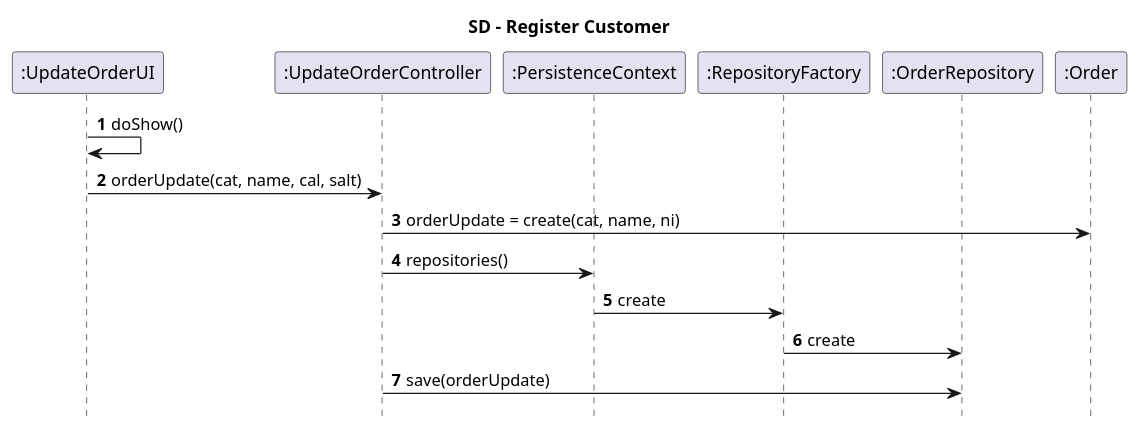
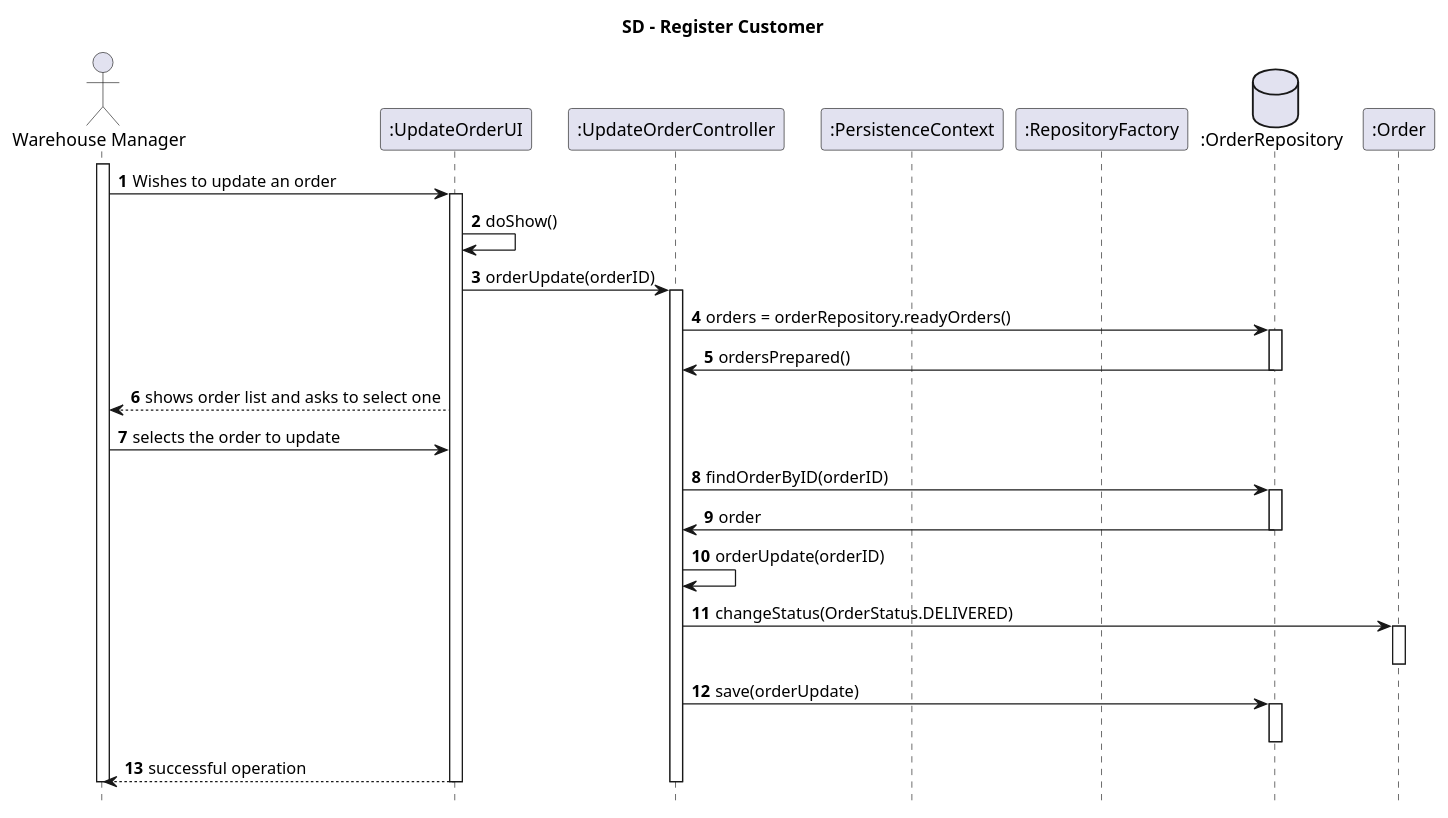
One commit to 1190772/LAB-Project-4 changed the diagram in Documentação/1190772/US2004/US2004_SD.puml. Above: the diagram before and after it, drawn with PlantUML. The commit also changed 3 other files, not shown here.

```diff
--- a/Documentação/1190772/US2004/US2004_SD.puml
+++ b/Documentação/1190772/US2004/US2004_SD.puml
@@ -1,27 +1,51 @@
 @startuml
 autonumber
 hide footbox
 
 title SD - Register Customer
 
+        actor "Warehouse Manager" as wm
 		participant ":UpdateOrderUI" as ui
 		participant ":UpdateOrderController" as ctrl
 		participant ":PersistenceContext" as pc
 		participant ":RepositoryFactory" as rf
-		participant ":OrderRepository" as repoPC
+		database ":OrderRepository" as repoPC
         participant ":Order" as prod
+        activate wm
+
+        wm -> ui: Wishes to update an order
+        activate ui
 		ui->ui:doShow()
-        		ui->ctrl:orderUpdate(cat, name, cal, salt)
+        		ui->ctrl:orderUpdate(orderID)
+        		activate ctrl
+
+        		ctrl->repoPC:orders = orderRepository.readyOrders()
+        		activate repoPC
+        		repoPC->ctrl: ordersPrepared()
+        		deactivate repoPC
+        		ui --> wm :  shows order list and asks to select one
+        		wm -> ui : selects the order to update
+        		ctrl -> repoPC: findOrderByID(orderID)
+        		activate repoPC
+        		repoPC->ctrl: order
+        		deactivate repoPC
 
 
-        		ctrl->prod:orderUpdate = create(cat, name, ni)
+        		ctrl->ctrl: orderUpdate(orderID)
+        		ctrl -> prod : changeStatus(OrderStatus.DELIVERED)
+        		activate prod
+        		deactivate prod
 
-        		ctrl->pc:repositories()
-        		pc->rf:create
-        		rf->repoPC:create
+
         		ctrl->repoPC:save(orderUpdate)
+        		activate repoPC
+        		deactivate repoPC
+        		ui --> wm: successful operation
+        		deactivate ctrl
+        		deactivate ui
+        		deactivate wm
 
 
 
 
 @enduml
```
